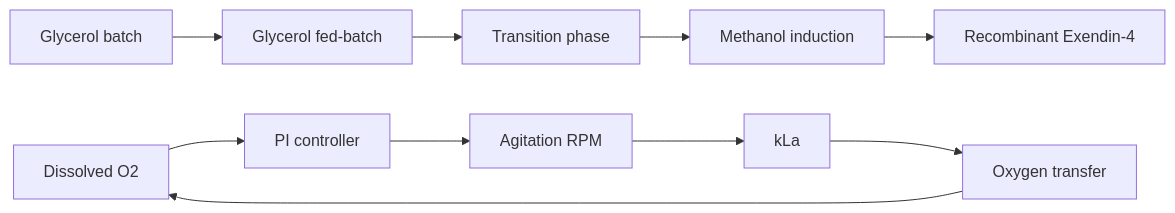
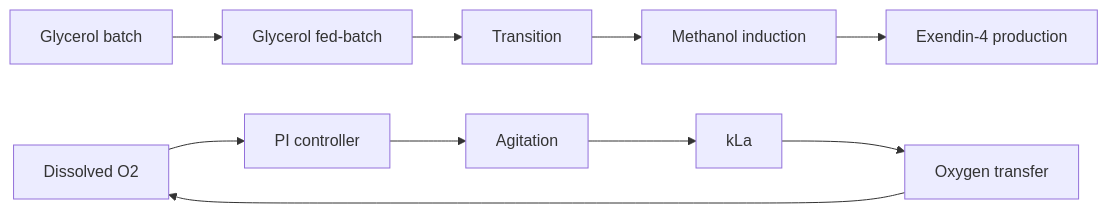
The diagram in README.md (davilaguy/exendin-4-bioprocess-simulator), drawn with Mermaid before and after one commit. The commit also changed other lines of this file, not shown here.

````diff
--- a/README.md
+++ b/README.md
@@ -40,13 +35,13 @@
 ```mermaid
 flowchart LR
     A[Glycerol batch] --> B[Glycerol fed-batch]
-    B --> C[Transition phase]
+    B --> C[Transition]
     C --> D[Methanol induction]
-    D --> E[Recombinant Exendin-4]
+    D --> E[Exendin-4 production]
 
     F[Dissolved O2] --> G[PI controller]
-    G --> H[Agitation RPM]
+    G --> H[Agitation]
     H --> I[kLa]
     I --> J[Oxygen transfer]
     J --> F
 ```
````
